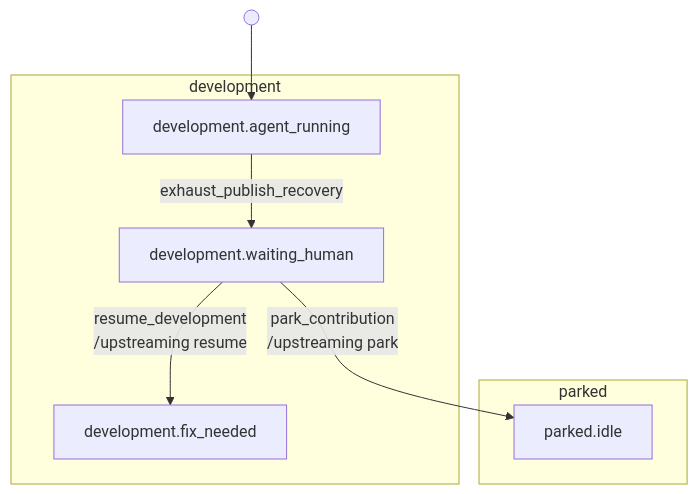
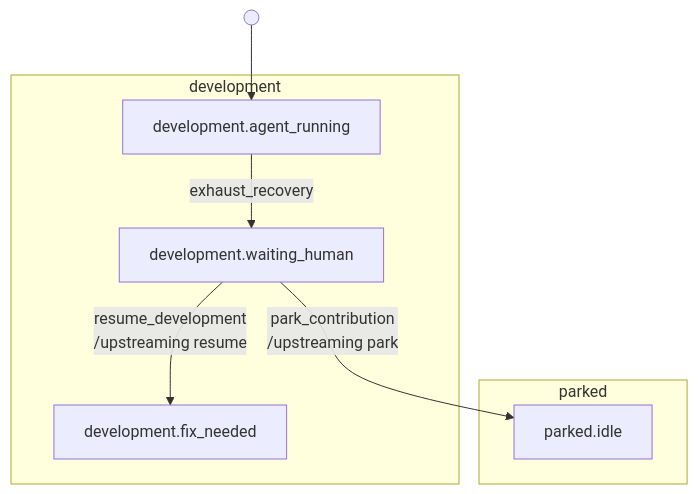
Diagram 18 of 36 in docs/state-machine/index.md (riseproject-dev/porting-agent), drawn with Mermaid before and after one commit. The commit also changed other lines of this file and 32 other files, not shown here.

````diff
--- a/docs/state-machine/index.md
+++ b/docs/state-machine/index.md
@@ -606,16 +601,16 @@
 ```mermaid
 flowchart TB
     subgraph development["development"]
         development_agent_running["development.agent_running"]
         development_waiting_human["development.waiting_human"]
         development_fix_needed["development.fix_needed"]
     end
     subgraph parked["parked"]
         parked_idle["parked.idle"]
     end
 
     start_1(( )) --> development_agent_running
-    development_agent_running -->|exhaust_publish_recovery| development_waiting_human
+    development_agent_running -->|exhaust_recovery| development_waiting_human
     development_waiting_human -->|resume_development<br/>/upstreaming resume| development_fix_needed
     development_waiting_human -->|park_contribution<br/>/upstreaming park| parked_idle
 ```
````
